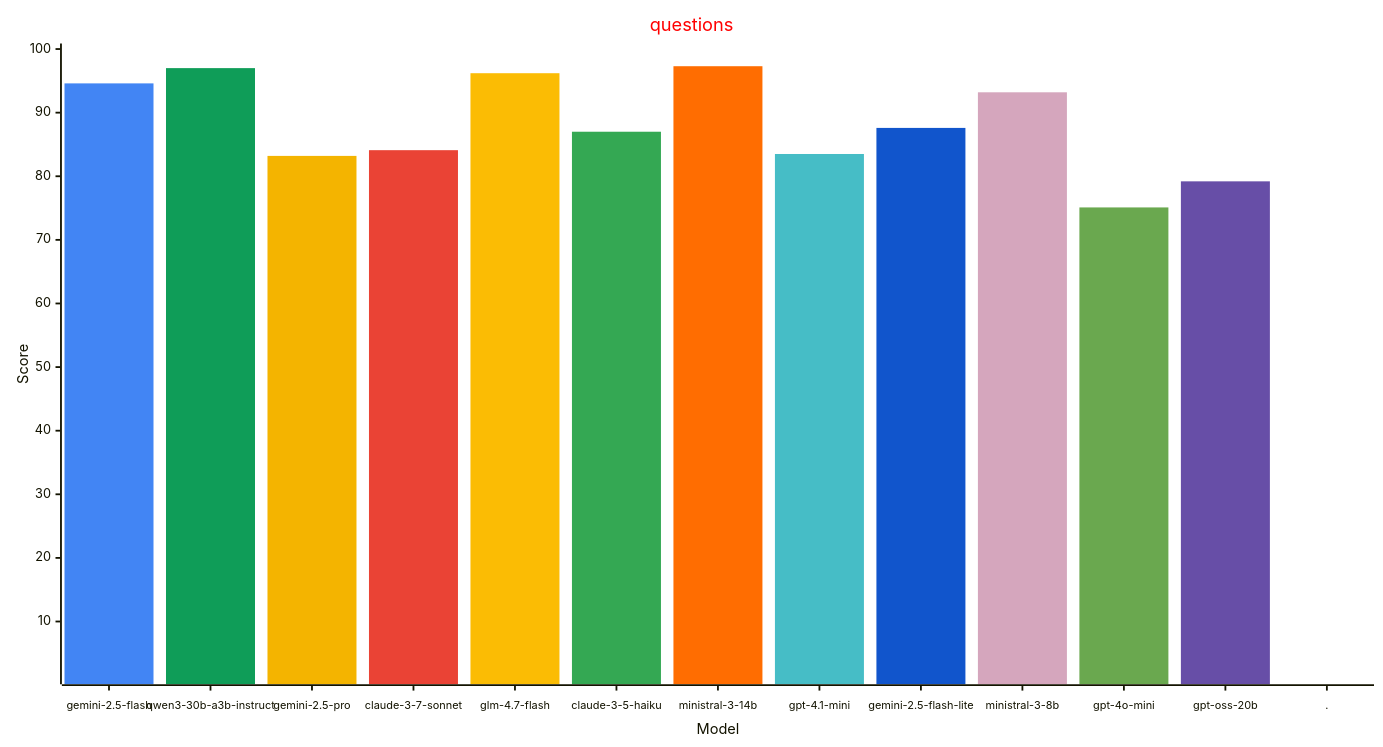
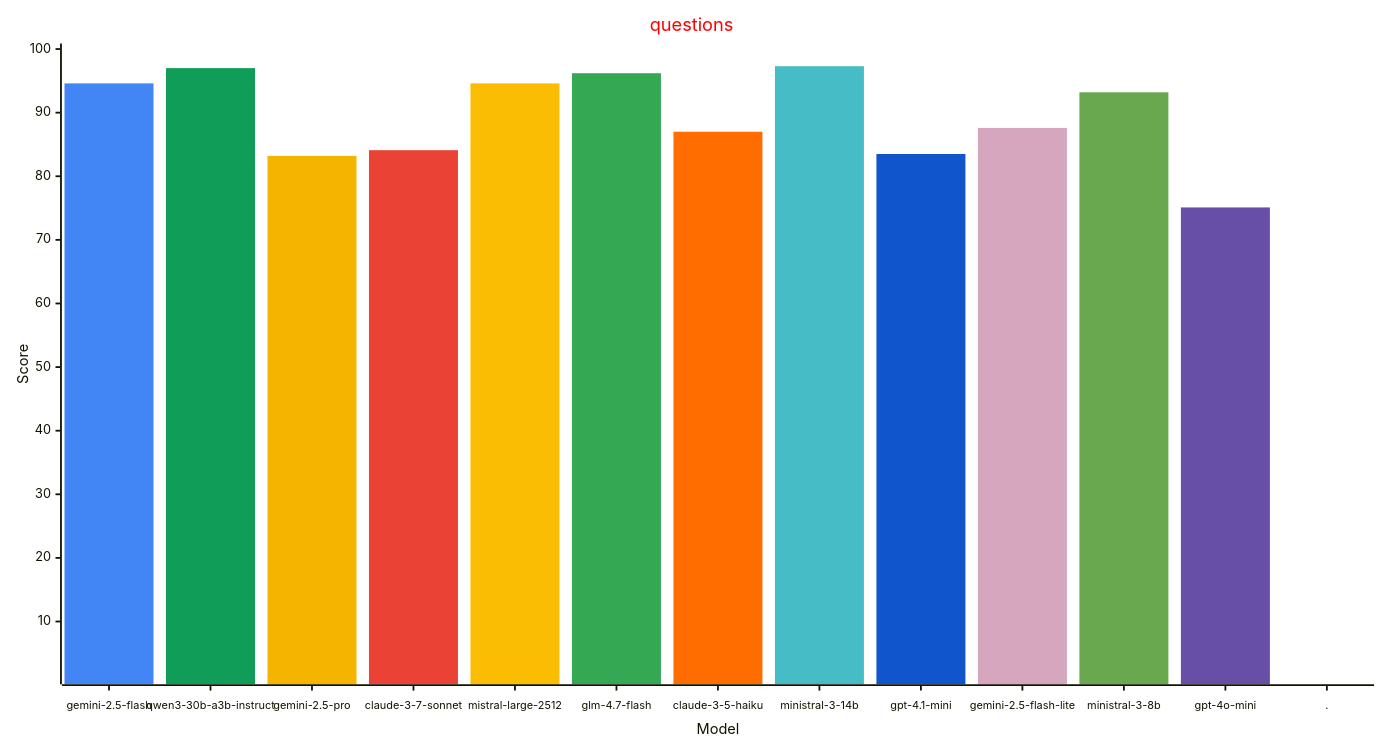
The third of 4 diagrams in reports/README.md (allenporter/home-assistant-datasets), drawn with Mermaid before and after one commit. The commit also changed other lines of this file and 1087 other files, not shown here.

Commit message:
Benchmark: mistralai/mistral-large-2512 (OpenRouter)

````diff
--- a/reports/README.md
+++ b/reports/README.md
@@ -162,33 +163,33 @@
 ```mermaid
 ---
 config:
     xyChart:
         width: 1500
         height: 800
         xAxis:
           labelFontSize: 12
           labelPadding: 8
     themeVariables:
         xyChart:
             titleColor: "#ff0000"
             plotColorPalette: "#4285f4, #0f9d58, #f4b400, #ea4335, #fbbc04, #34a853, #ff6d01, #46bdc6, #1155cc, #d5a6bd, #6aa84f, #674ea7, #4285f4"
 
 ---
 xychart-beta
   title "questions"
-  x-axis "Model" [gemini-2.5-flash, qwen3-30b-a3b-instruct, gemini-2.5-pro, claude-3-7-sonnet, glm-4.7-flash, claude-3-5-haiku, ministral-3-14b, gpt-4.1-mini, gemini-2.5-flash-lite, ministral-3-8b, gpt-4o-mini, gpt-oss-20b, .]
+  x-axis "Model" [gemini-2.5-flash, qwen3-30b-a3b-instruct, gemini-2.5-pro, claude-3-7-sonnet, mistral-large-2512, glm-4.7-flash, claude-3-5-haiku, ministral-3-14b, gpt-4.1-mini, gemini-2.5-flash-lite, ministral-3-8b, gpt-4o-mini, .]
   y-axis "Score" 1 --> 100
   bar [94.6, 0.0, 0.0, 0.0, 0.0, 0.0, 0.0, 0.0, 0.0, 0.0, 0.0, 0.0, 0.0]
   bar [0.0, 97.0, 0.0, 0.0, 0.0, 0.0, 0.0, 0.0, 0.0, 0.0, 0.0, 0.0, 0.0]
   bar [0.0, 0.0, 83.2, 0.0, 0.0, 0.0, 0.0, 0.0, 0.0, 0.0, 0.0, 0.0, 0.0]
   bar [0.0, 0.0, 0.0, 84.1, 0.0, 0.0, 0.0, 0.0, 0.0, 0.0, 0.0, 0.0, 0.0]
-  bar [0.0, 0.0, 0.0, 0.0, 96.2, 0.0, 0.0, 0.0, 0.0, 0.0, 0.0, 0.0, 0.0]
-  bar [0.0, 0.0, 0.0, 0.0, 0.0, 87.0, 0.0, 0.0, 0.0, 0.0, 0.0, 0.0, 0.0]
-  bar [0.0, 0.0, 0.0, 0.0, 0.0, 0.0, 97.3, 0.0, 0.0, 0.0, 0.0, 0.0, 0.0]
-  bar [0.0, 0.0, 0.0, 0.0, 0.0, 0.0, 0.0, 83.5, 0.0, 0.0, 0.0, 0.0, 0.0]
-  bar [0.0, 0.0, 0.0, 0.0, 0.0, 0.0, 0.0, 0.0, 87.6, 0.0, 0.0, 0.0, 0.0]
-  bar [0.0, 0.0, 0.0, 0.0, 0.0, 0.0, 0.0, 0.0, 0.0, 93.2, 0.0, 0.0, 0.0]
-  bar [0.0, 0.0, 0.0, 0.0, 0.0, 0.0, 0.0, 0.0, 0.0, 0.0, 75.1, 0.0, 0.0]
-  bar [0.0, 0.0, 0.0, 0.0, 0.0, 0.0, 0.0, 0.0, 0.0, 0.0, 0.0, 79.2, 0.0]
+  bar [0.0, 0.0, 0.0, 0.0, 94.6, 0.0, 0.0, 0.0, 0.0, 0.0, 0.0, 0.0, 0.0]
+  bar [0.0, 0.0, 0.0, 0.0, 0.0, 96.2, 0.0, 0.0, 0.0, 0.0, 0.0, 0.0, 0.0]
+  bar [0.0, 0.0, 0.0, 0.0, 0.0, 0.0, 87.0, 0.0, 0.0, 0.0, 0.0, 0.0, 0.0]
+  bar [0.0, 0.0, 0.0, 0.0, 0.0, 0.0, 0.0, 97.3, 0.0, 0.0, 0.0, 0.0, 0.0]
+  bar [0.0, 0.0, 0.0, 0.0, 0.0, 0.0, 0.0, 0.0, 83.5, 0.0, 0.0, 0.0, 0.0]
+  bar [0.0, 0.0, 0.0, 0.0, 0.0, 0.0, 0.0, 0.0, 0.0, 87.6, 0.0, 0.0, 0.0]
+  bar [0.0, 0.0, 0.0, 0.0, 0.0, 0.0, 0.0, 0.0, 0.0, 0.0, 93.2, 0.0, 0.0]
+  bar [0.0, 0.0, 0.0, 0.0, 0.0, 0.0, 0.0, 0.0, 0.0, 0.0, 0.0, 75.1, 0.0]
   bar [0.0, 0.0, 0.0, 0.0, 0.0, 0.0, 0.0, 0.0, 0.0, 0.0, 0.0, 0.0, -1.0]
 ```
````
